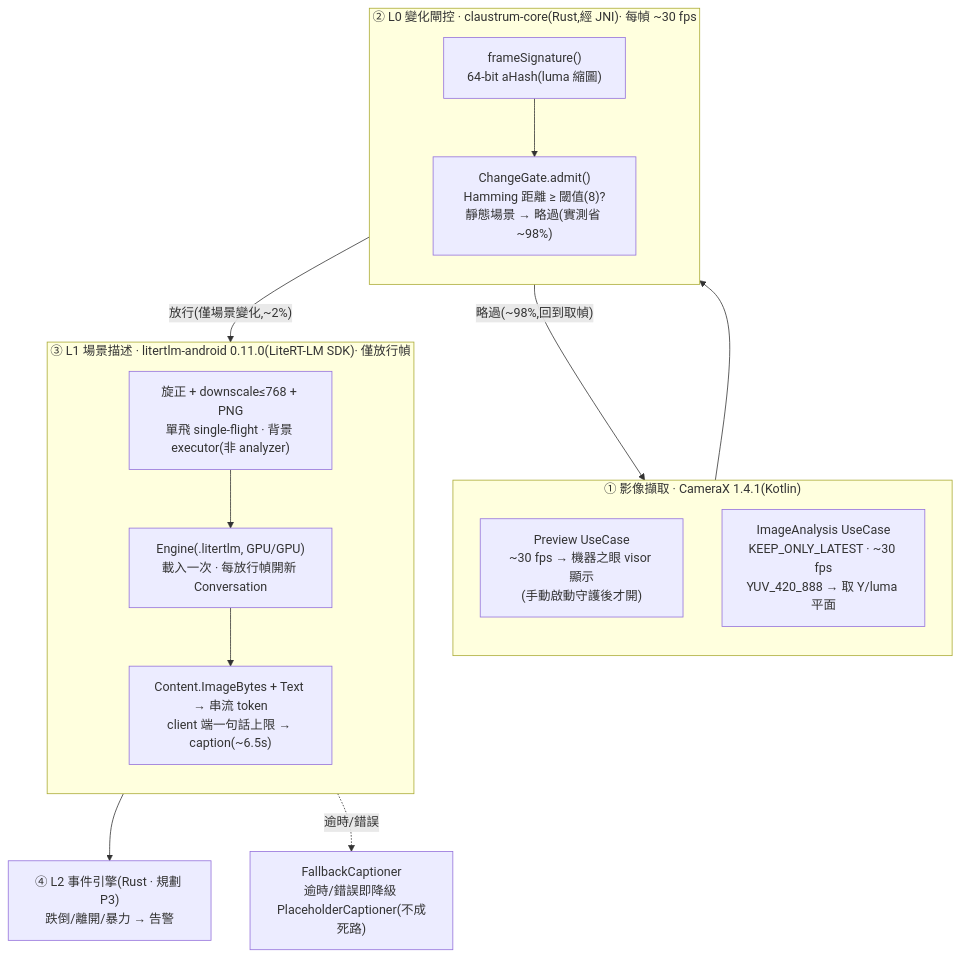
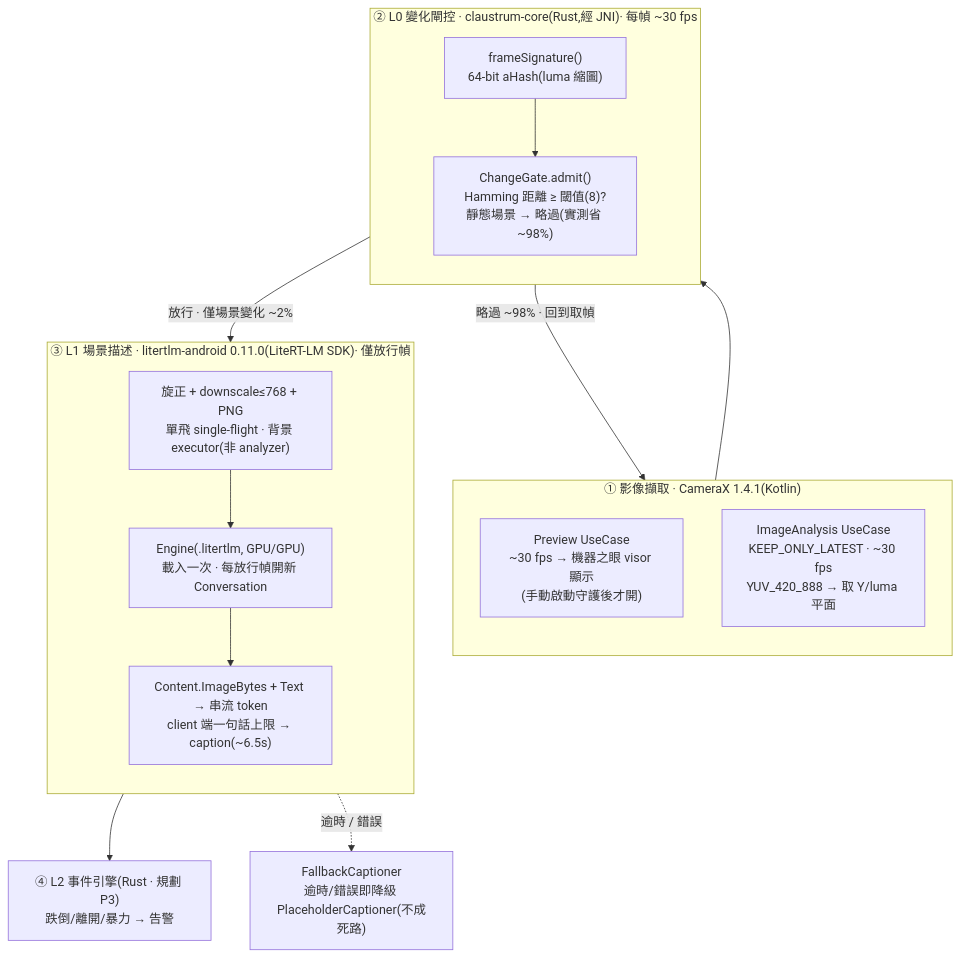
The second of 2 diagrams in README.md (TingFengChou/claustrum), drawn with Mermaid before and after one commit.

Commit message:
docs(readme): 感知管線圖改用 pipe-label 邊(GitHub mermaid 穩健渲染)

````diff
--- a/README.md
+++ b/README.md
@@ -182,29 +182,33 @@
 ```mermaid
 flowchart TB
   subgraph CAP["① 影像擷取 · CameraX 1.4.1(Kotlin)"]
     direction TB
     PV["Preview UseCase<br/>~30 fps → 機器之眼 visor 顯示<br/>(手動啟動守護後才開)"]
     IA["ImageAnalysis UseCase<br/>KEEP_ONLY_LATEST · ~30 fps<br/>YUV_420_888 → 取 Y/luma 平面"]
   end
 
   subgraph L0["② L0 變化閘控 · claustrum-core(Rust,經 JNI)· 每幀 ~30 fps"]
     direction TB
     SIG["frameSignature()<br/>64-bit aHash(luma 縮圖)"]
     GATE["ChangeGate.admit()<br/>Hamming 距離 ≥ 閾值(8)?<br/>靜態場景 → 略過(實測省 ~98%)"]
   end
 
   subgraph L1["③ L1 場景描述 · litertlm-android 0.11.0(LiteRT-LM SDK)· 僅放行幀"]
     direction TB
     PREP["旋正 + downscale≤768 + PNG<br/>單飛 single-flight · 背景 executor(非 analyzer)"]
     ENG["Engine(.litertlm, GPU/GPU)<br/>載入一次 · 每放行幀開新 Conversation"]
     GEN["Content.ImageBytes + Text → 串流 token<br/>client 端一句話上限 → caption(~6.5s)"]
   end
 
   FB["FallbackCaptioner<br/>逾時/錯誤即降級 PlaceholderCaptioner(不成死路)"]
   L2["④ L2 事件引擎(Rust · 規劃 P3)<br/>跌倒/離開/暴力 → 告警"]
 
-  IA --> SIG --> GATE
-  GATE -- "放行(僅場景變化,~2%)" --> PREP --> ENG --> GEN --> L2
-  GATE -- "略過(~98%,回到取幀)" --> IA
-  GEN -. "逾時/錯誤" .-> FB
+  IA --> SIG
+  SIG --> GATE
+  GATE -->|"放行 · 僅場景變化 ~2%"| PREP
+  GATE -->|"略過 ~98% · 回到取幀"| IA
+  PREP --> ENG
+  ENG --> GEN
+  GEN --> L2
+  GEN -.->|"逾時 / 錯誤"| FB
 ```
````
